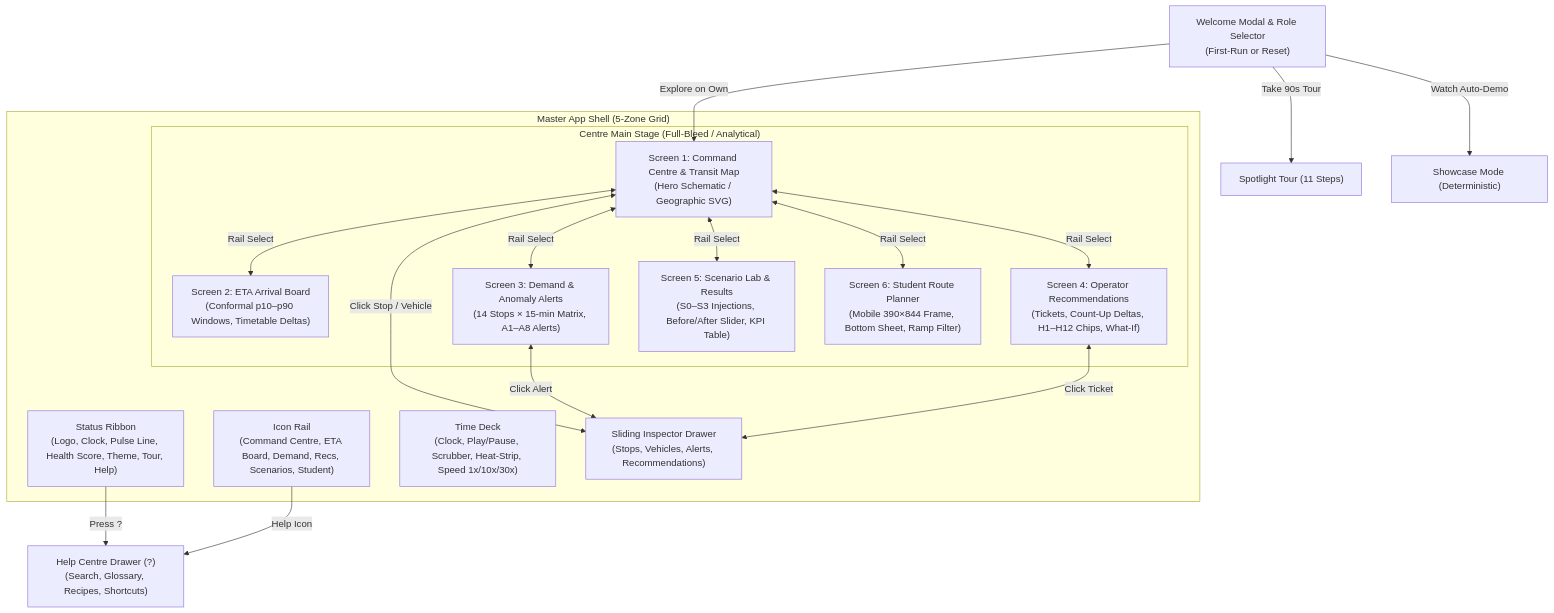
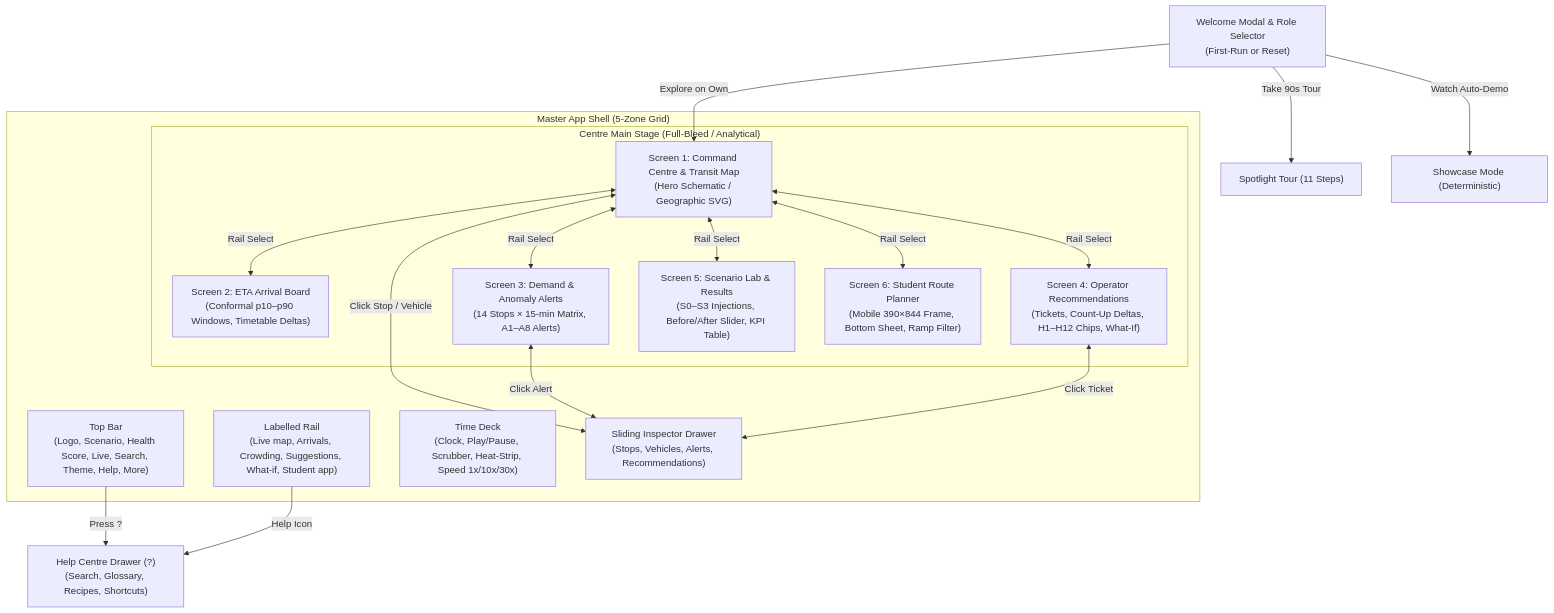
Before and after one commit to NEXUS-888/RoutePulse: the diagram in docs/APP_MAP.md, drawn with Mermaid. The commit also changed other lines of this file and 115 other files, not shown here.

````diff
--- a/docs/APP_MAP.md
+++ b/docs/APP_MAP.md
@@ -10,37 +10,37 @@
 ```mermaid
 flowchart TD
     Welcome["Welcome Modal & Role Selector\n(First-Run or Reset)"]
     Welcome -->|"Take 90s Tour"| Tour["Spotlight Tour (11 Steps)"]
     Welcome -->|"Watch Auto-Demo"| AutoDemo["Showcase Mode (Deterministic)"]
     Welcome -->|"Explore on Own"| CommandCentre
 
     subgraph AppShell["Master App Shell (5-Zone Grid)"]
-        Ribbon["Status Ribbon\n(Logo, Clock, Pulse Line, Health Score, Theme, Tour, Help)"]
-        Rail["Icon Rail\n(Command Centre, ETA Board, Demand, Recs, Scenarios, Student)"]
+        Ribbon["Top Bar\n(Logo, Scenario, Health Score, Live, Search, Theme, Help, More)"]
+        Rail["Labelled Rail\n(Live map, Arrivals, Crowding, Suggestions, What-if, Student app)"]
         TimeDeck["Time Deck\n(Clock, Play/Pause, Scrubber, Heat-Strip, Speed 1x/10x/30x)"]
         Inspector["Sliding Inspector Drawer\n(Stops, Vehicles, Alerts, Recommendations)"]
 
         subgraph MainStage["Centre Main Stage (Full-Bleed / Analytical)"]
             CommandCentre["Screen 1: Command Centre & Transit Map\n(Hero Schematic / Geographic SVG)"]
             EtaBoard["Screen 2: ETA Arrival Board\n(Conformal p10–p90 Windows, Timetable Deltas)"]
             DemandAlerts["Screen 3: Demand & Anomaly Alerts\n(14 Stops × 15-min Matrix, A1–A8 Alerts)"]
             Recommendations["Screen 4: Operator Recommendations\n(Tickets, Count-Up Deltas, H1–H12 Chips, What-If)"]
             ScenarioLab["Screen 5: Scenario Lab & Results\n(S0–S3 Injections, Before/After Slider, KPI Table)"]
             StudentView["Screen 6: Student Route Planner\n(Mobile 390×844 Frame, Bottom Sheet, Ramp Filter)"]
         end
     end
 
     HelpDrawer["Help Centre Drawer (?)\n(Search, Glossary, Recipes, Shortcuts)"]
 
     CommandCentre <-->|"Click Stop / Vehicle"| Inspector
     DemandAlerts <-->|"Click Alert"| Inspector
     Recommendations <-->|"Click Ticket"| Inspector
     CommandCentre <-->|"Rail Select"| EtaBoard
     CommandCentre <-->|"Rail Select"| DemandAlerts
     CommandCentre <-->|"Rail Select"| Recommendations
     CommandCentre <-->|"Rail Select"| ScenarioLab
     CommandCentre <-->|"Rail Select"| StudentView
 
     Ribbon -->|"Press ?"| HelpDrawer
     Rail -->|"Help Icon"| HelpDrawer
 ```
````
